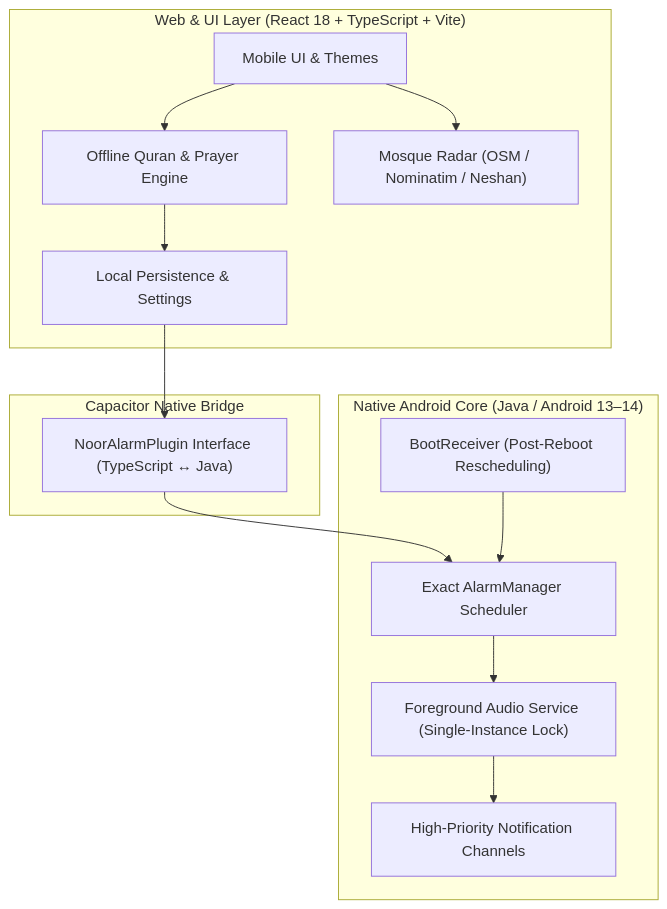
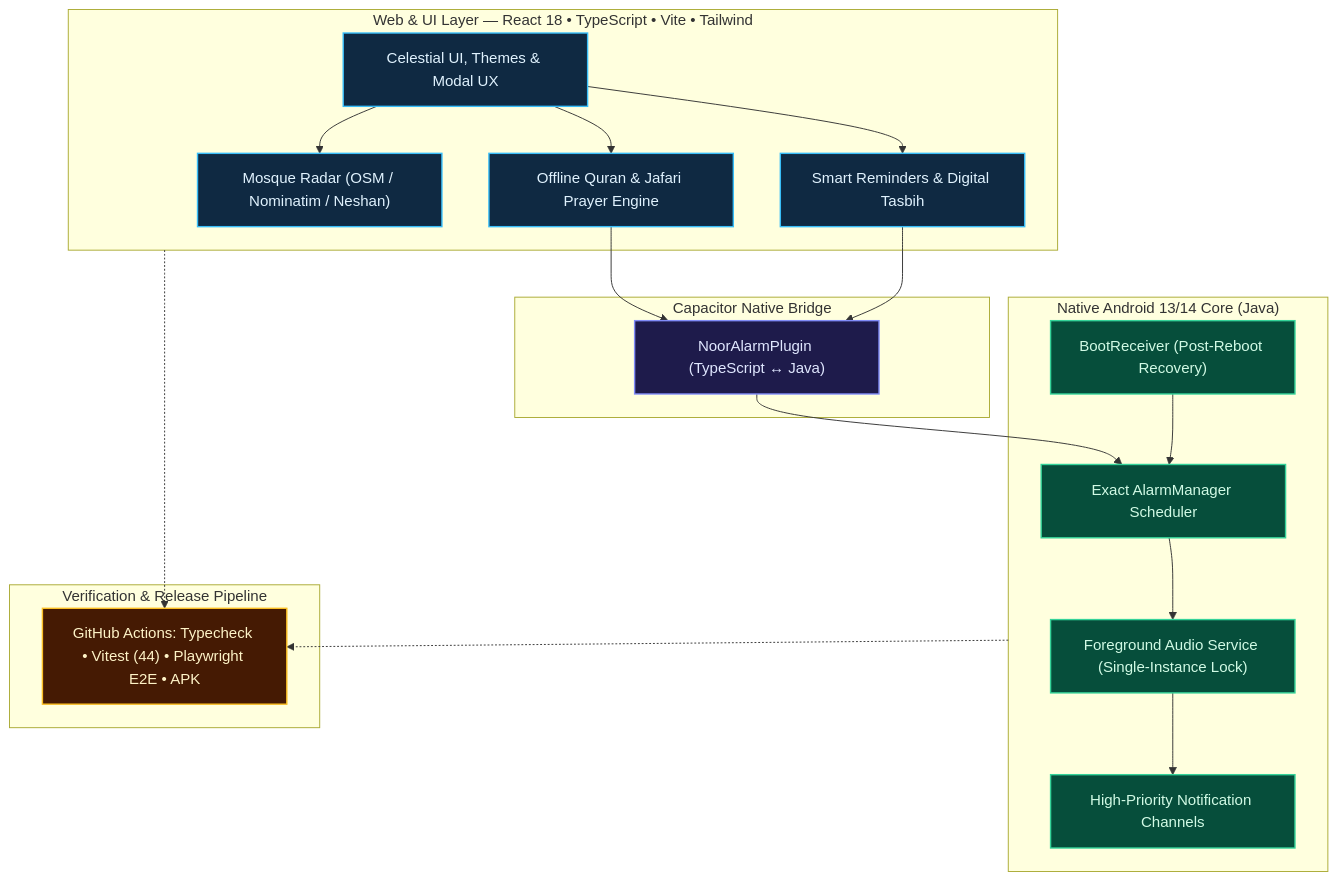
One commit to yasin321/noor-app changed the diagram in README.md. Above: the diagram before and after it, drawn with Mermaid. The commit also changed other lines of this file and 2 other files, not shown here.

````diff
--- a/README.md
+++ b/README.md
@@ -53,29 +89,46 @@
 ```mermaid
 flowchart TB
-    subgraph WebLayer["Web & UI Layer (React 18 + TypeScript + Vite)"]
-        UI["Mobile UI & Themes"]
-        Quran["Offline Quran & Prayer Engine"]
+    subgraph Web["Web & UI Layer — React 18 • TypeScript • Vite • Tailwind"]
+        UI["Celestial UI, Themes & Modal UX"]
+        Quran["Offline Quran & Jafari Prayer Engine"]
         Radar["Mosque Radar (OSM / Nominatim / Neshan)"]
-        State["Local Persistence & Settings"]
+        Tools["Smart Reminders & Digital Tasbih"]
     end
 
     subgraph Bridge["Capacitor Native Bridge"]
-        Plugin["NoorAlarmPlugin Interface (TypeScript ↔ Java)"]
+        Plugin["NoorAlarmPlugin (TypeScript ↔ Java)"]
     end
 
-    subgraph NativeAndroid["Native Android Core (Java / Android 13–14)"]
+    subgraph Native["Native Android 13/14 Core (Java)"]
         AlarmMgr["Exact AlarmManager Scheduler"]
-        Boot["BootReceiver (Post-Reboot Rescheduling)"]
+        Boot["BootReceiver (Post-Reboot Recovery)"]
         FgService["Foreground Audio Service (Single-Instance Lock)"]
         Notif["High-Priority Notification Channels"]
     end
 
+    subgraph QA["Verification & Release Pipeline"]
+        CI["GitHub Actions: Typecheck • Vitest (44) • Playwright E2E • APK"]
+    end
+
     UI --> Quran
     UI --> Radar
-    Quran --> State
-    State --> Plugin
+    UI --> Tools
+    Quran --> Plugin
+    Tools --> Plugin
     Plugin --> AlarmMgr
     AlarmMgr --> FgService
     Boot --> AlarmMgr
     FgService --> Notif
+    Web -.-> CI
+    Native -.-> CI
+
+    classDef web fill:#0f2942,stroke:#38bdf8,stroke-width:1.5px,color:#e0f2fe
+    classDef bridge fill:#1e1b4b,stroke:#818cf8,stroke-width:1.5px,color:#e0e7ff
+    classDef native fill:#064e3b,stroke:#34d399,stroke-width:1.5px,color:#d1fae5
+    classDef qa fill:#451a03,stroke:#fbbf24,stroke-width:1.5px,color:#fef3c7
+
+    class UI,Quran,Radar,Tools web
+    class Plugin bridge
+    class AlarmMgr,Boot,FgService,Notif native
+    class CI qa
 ```
````
